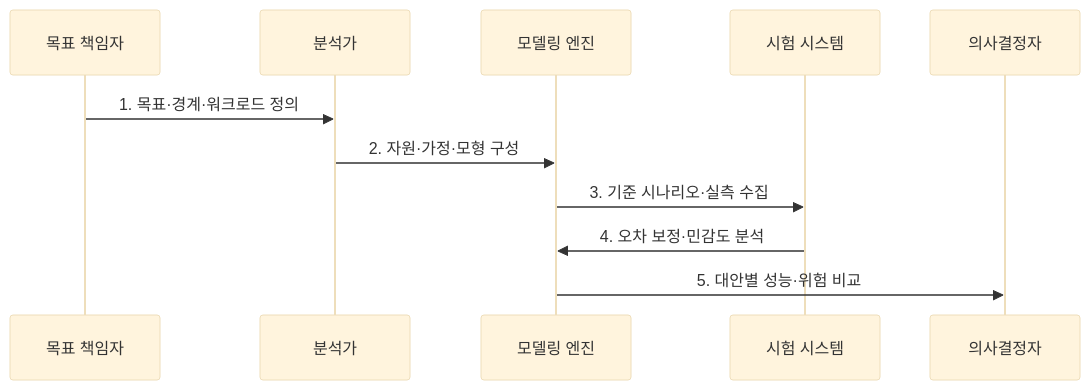
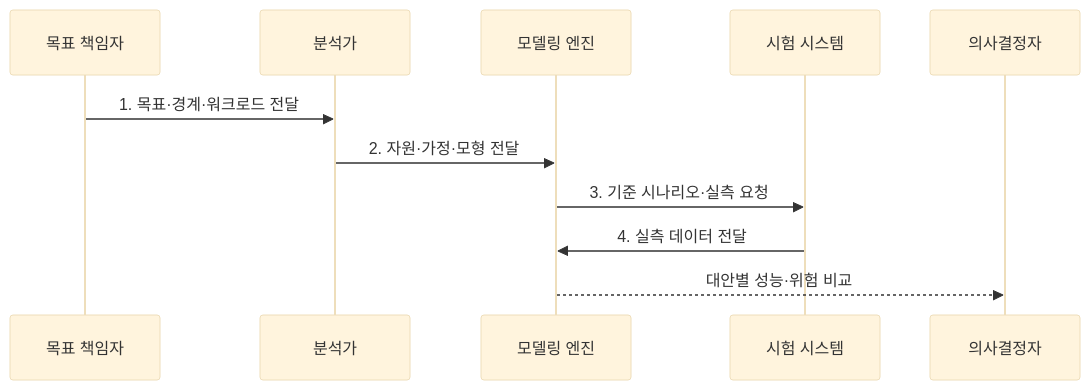
Before and after one commit to agnusdei1207/knowledge-base: the second of 2 diagrams in src/content/docs/notes/06-evaluation/011_performance_modeling.md, drawn with Mermaid (base theme). The commit also changed other lines of this file and 20 other files, not shown here.

````diff
--- a/src/content/docs/notes/06-evaluation/011_performance_modeling.md
+++ b/src/content/docs/notes/06-evaluation/011_performance_modeling.md
@@ -80,13 +78,13 @@
 ```mermaid
 sequenceDiagram
   participant O as 목표 책임자
   participant A as 분석가
   participant M as 모델링 엔진
   participant T as 시험 시스템
   participant D as 의사결정자
-  O->>A: 1. 목표·경계·워크로드 정의
-  A->>M: 2. 자원·가정·모형 구성
-  M->>T: 3. 기준 시나리오·실측 수집
-  T->>M: 4. 오차 보정·민감도 분석
-  M->>D: 5. 대안별 성능·위험 비교
+  O->>A: 1. 목표·경계·워크로드 전달
+  A->>M: 2. 자원·가정·모형 전달
+  M->>T: 3. 기준 시나리오·실측 요청
+  T->>M: 4. 실측 데이터 전달
+  M-->>D: 대안별 성능·위험 비교
 ```
````
